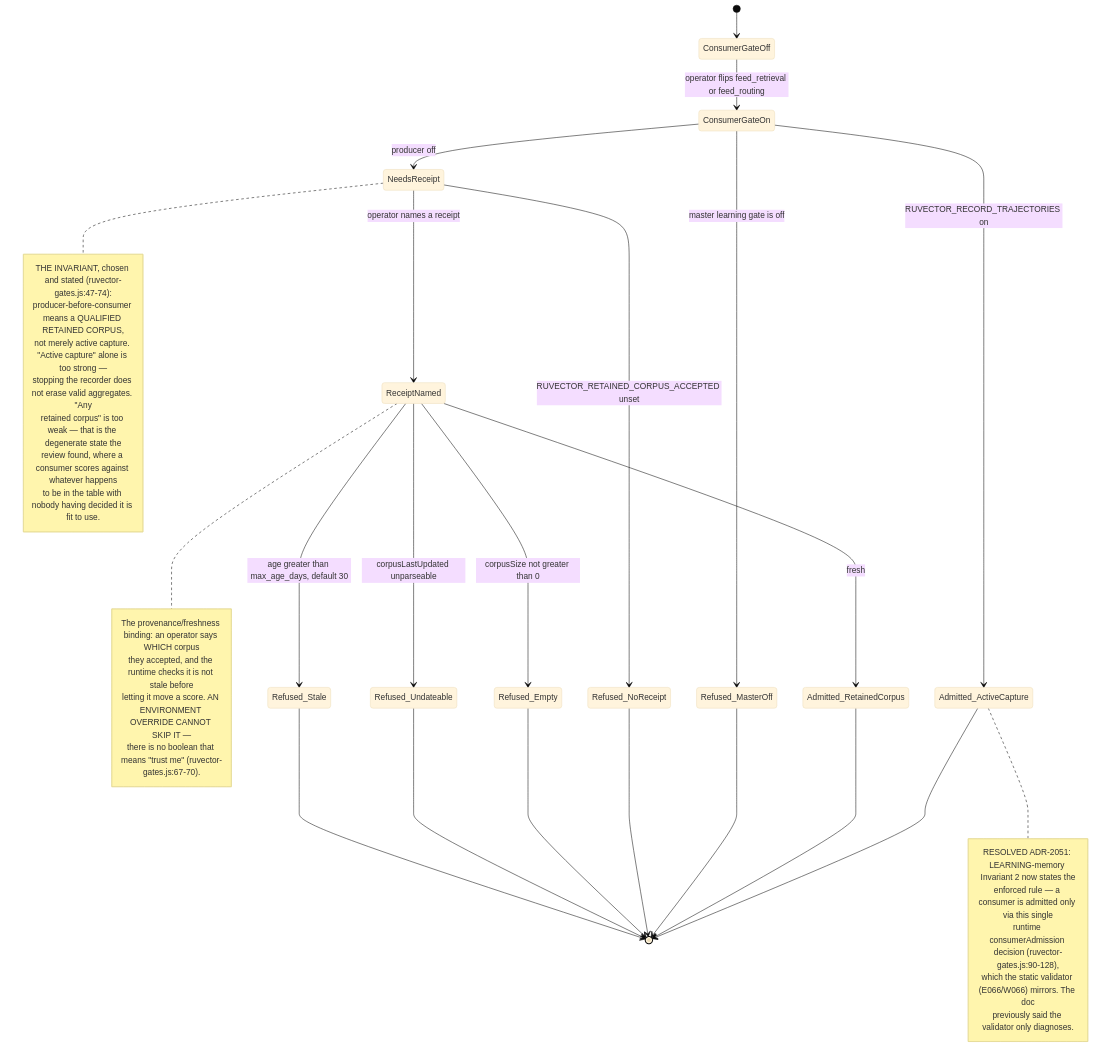
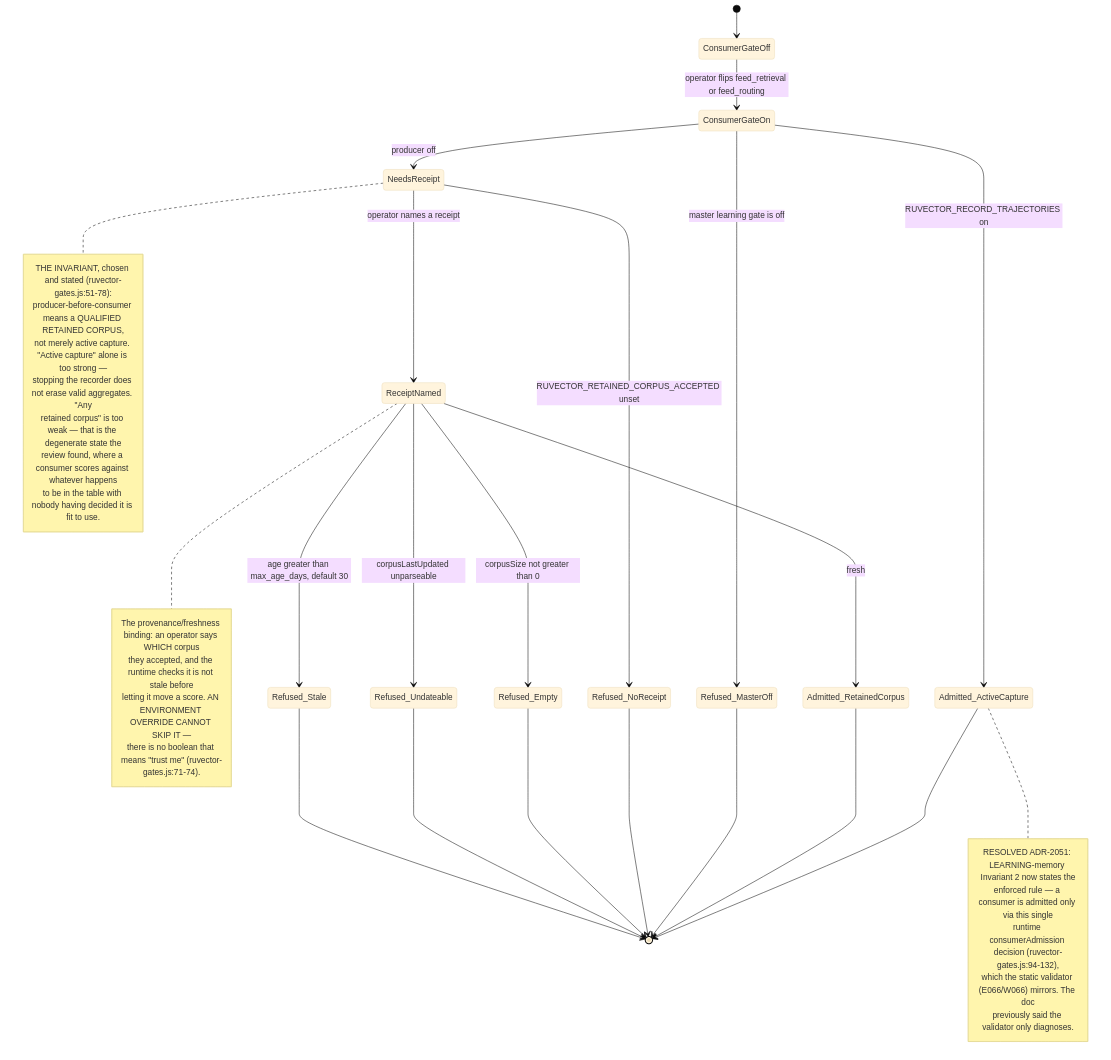
Before and after one commit to DreamLab-AI/VisionFlow: the seventh of 10 diagrams in docs/diagrams/agentbox/21-learning-loop.md, drawn with Mermaid (base theme). The commit also changed other lines of this file and 9 other files, not shown here.

````diff
--- a/docs/diagrams/agentbox/21-learning-loop.md
+++ b/docs/diagrams/agentbox/21-learning-loop.md
@@ -344,43 +344,43 @@
 ```mermaid
 stateDiagram-v2
     [*] --> ConsumerGateOff
     ConsumerGateOff --> ConsumerGateOn : operator flips feed_retrieval or feed_routing
     ConsumerGateOn --> Refused_MasterOff : master learning gate is off
     ConsumerGateOn --> Admitted_ActiveCapture : RUVECTOR_RECORD_TRAJECTORIES on
     ConsumerGateOn --> NeedsReceipt : producer off
     NeedsReceipt --> Refused_NoReceipt : RUVECTOR_RETAINED_CORPUS_ACCEPTED unset
     NeedsReceipt --> ReceiptNamed : operator names a receipt
     ReceiptNamed --> Refused_Empty : corpusSize not greater than 0
     ReceiptNamed --> Refused_Undateable : corpusLastUpdated unparseable
     ReceiptNamed --> Refused_Stale : age greater than max_age_days, default 30
     ReceiptNamed --> Admitted_RetainedCorpus : fresh
     Admitted_ActiveCapture --> [*]
     Admitted_RetainedCorpus --> [*]
     Refused_MasterOff --> [*]
     Refused_NoReceipt --> [*]
     Refused_Empty --> [*]
     Refused_Undateable --> [*]
     Refused_Stale --> [*]
     note right of NeedsReceipt
-        THE INVARIANT, chosen and stated (ruvector-gates.js:47-74):
+        THE INVARIANT, chosen and stated (ruvector-gates.js:51-78):
         producer-before-consumer means a QUALIFIED RETAINED CORPUS,
         not merely active capture. "Active capture" alone is too strong —
         stopping the recorder does not erase valid aggregates. "Any
         retained corpus" is too weak — that is the degenerate state the
         review found, where a consumer scores against whatever happens
         to be in the table with nobody having decided it is fit to use.
     end note
     note right of ReceiptNamed
         The provenance/freshness binding: an operator says WHICH corpus
         they accepted, and the runtime checks it is not stale before
         letting it move a score. AN ENVIRONMENT OVERRIDE CANNOT SKIP IT —
-        there is no boolean that means "trust me" (ruvector-gates.js:67-70).
+        there is no boolean that means "trust me" (ruvector-gates.js:71-74).
     end note
     note right of Admitted_ActiveCapture
         RESOLVED ADR-2051: LEARNING-memory Invariant 2 now states the
         enforced rule — a consumer is admitted only via this single
-        runtime consumerAdmission decision (ruvector-gates.js:90-128),
+        runtime consumerAdmission decision (ruvector-gates.js:94-132),
         which the static validator (E066/W066) mirrors. The doc
         previously said the validator only diagnoses.
     end note
 ```
````
